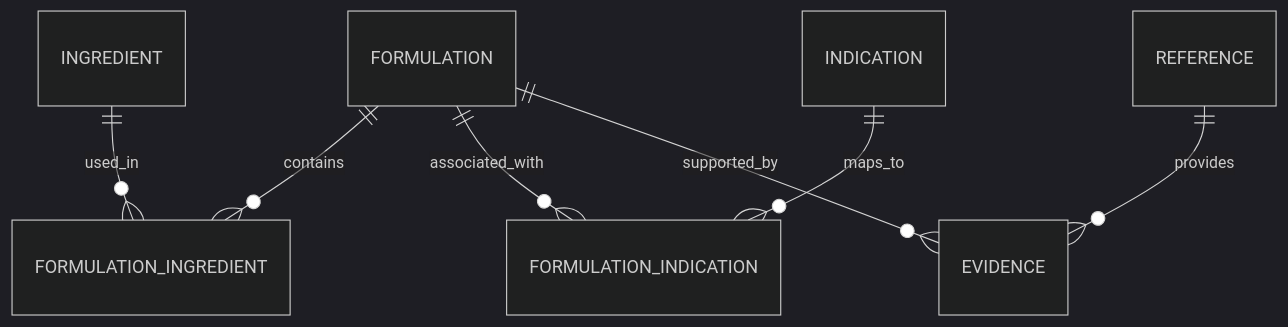
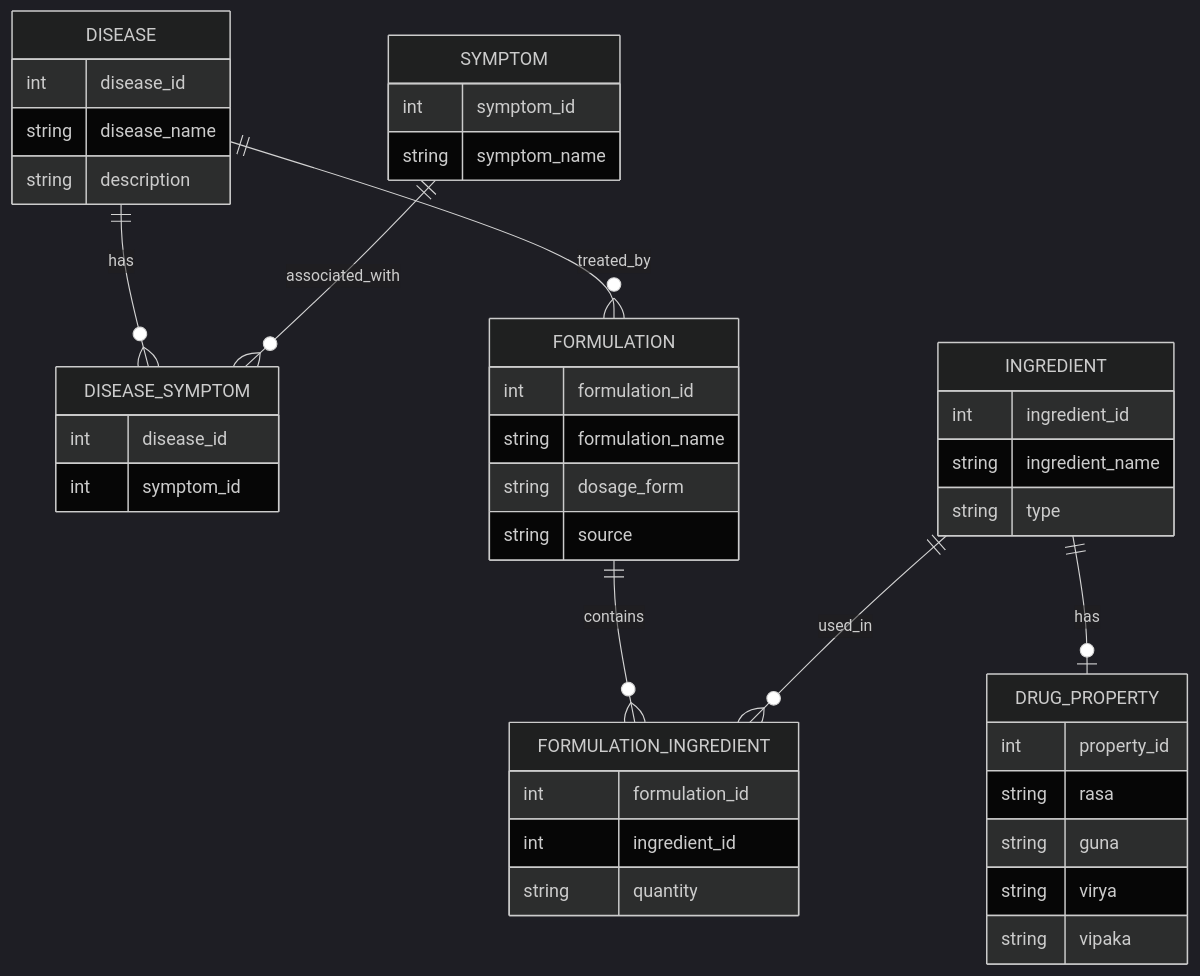
One commit to Maheshkashyap-ux/ayurveda changed the diagram in architecture/data-model.mmd. Above: the diagram before and after it, drawn with Mermaid (dark theme).

```diff
--- a/architecture/data-model.mmd
+++ b/architecture/data-model.mmd
@@ -1,7 +1,54 @@
 erDiagram
+
+    DISEASE {
+        int disease_id
+        string disease_name
+        string description
+    }
+
+    SYMPTOM {
+        int symptom_id
+        string symptom_name
+    }
+
+    DISEASE_SYMPTOM {
+        int disease_id
+        int symptom_id
+    }
+
+    FORMULATION {
+        int formulation_id
+        string formulation_name
+        string dosage_form
+        string source
+    }
+
+    INGREDIENT {
+        int ingredient_id
+        string ingredient_name
+        string type
+    }
+
+    FORMULATION_INGREDIENT {
+        int formulation_id
+        int ingredient_id
+        string quantity
+    }
+
+    DRUG_PROPERTY {
+        int property_id
+        string rasa
+        string guna
+        string virya
+        string vipaka
+    }
+
+    DISEASE ||--o{ DISEASE_SYMPTOM : has
+    SYMPTOM ||--o{ DISEASE_SYMPTOM : associated_with
+
+    DISEASE ||--o{ FORMULATION : treated_by
+
     FORMULATION ||--o{ FORMULATION_INGREDIENT : contains
     INGREDIENT ||--o{ FORMULATION_INGREDIENT : used_in
-    FORMULATION ||--o{ FORMULATION_INDICATION : associated_with
-    INDICATION ||--o{ FORMULATION_INDICATION : maps_to
-    FORMULATION ||--o{ EVIDENCE : supported_by
-    REFERENCE ||--o{ EVIDENCE : provides
+
+    INGREDIENT ||--o| DRUG_PROPERTY : has
```
